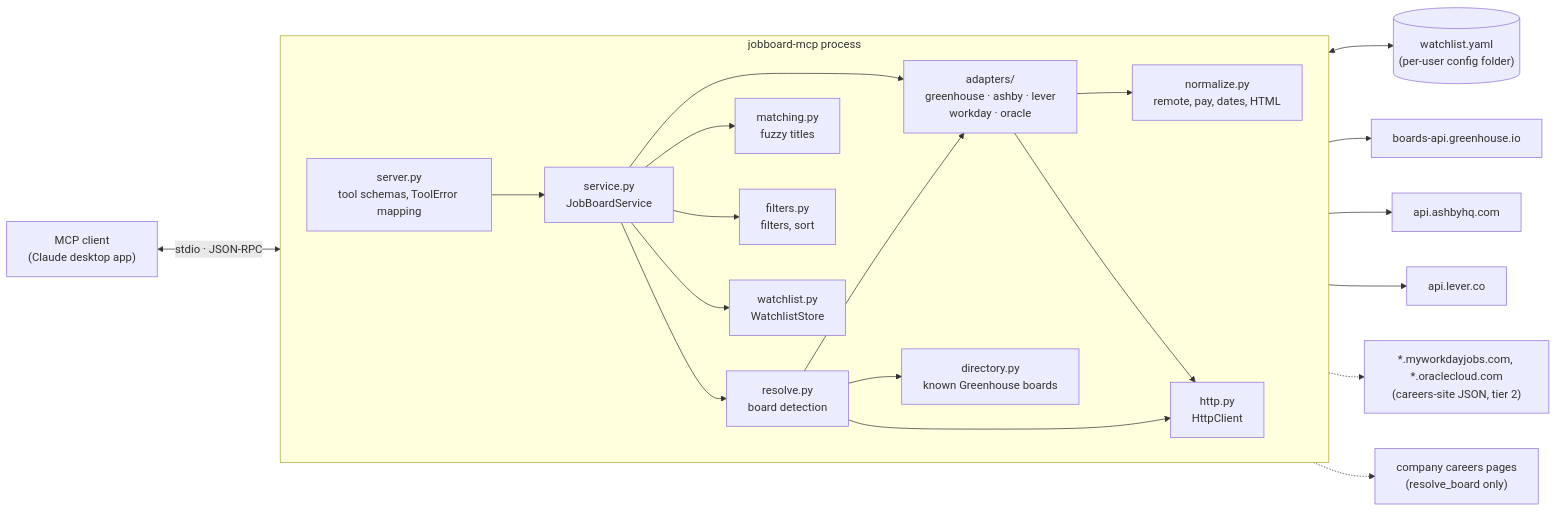
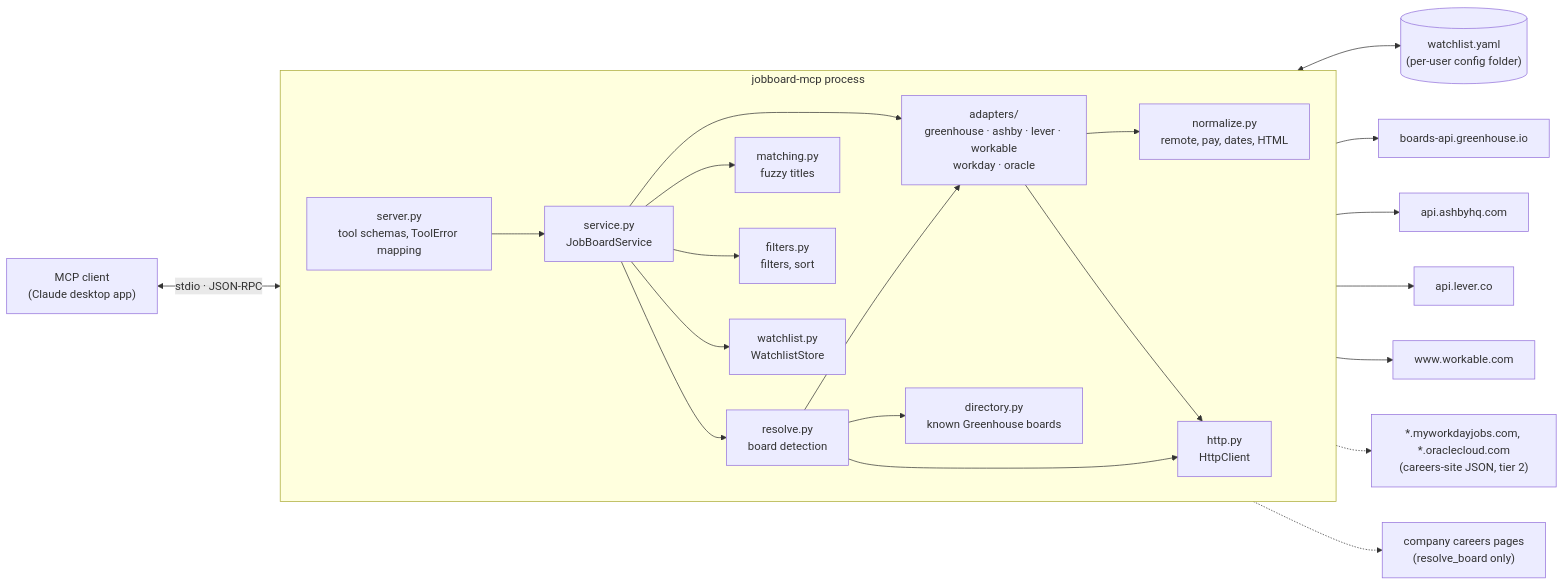
The first of 7 diagrams in docs/architecture.md (HakujouRyu/jobboard-mcp), drawn with Mermaid before and after one commit. The commit also changed other lines of this file and 25 other files, not shown here.

````diff
--- a/docs/architecture.md
+++ b/docs/architecture.md
@@ -18,44 +18,46 @@
 ```mermaid
 flowchart LR
     client["MCP client<br/>(Claude desktop app)"]
 
     subgraph proc["jobboard-mcp process"]
         direction LR
         server["server.py<br/>tool schemas, ToolError mapping"]
         service["service.py<br/>JobBoardService"]
-        adapters["adapters/<br/>greenhouse · ashby · lever<br/>workday · oracle"]
+        adapters["adapters/<br/>greenhouse · ashby · lever · workable<br/>workday · oracle"]
         resolve["resolve.py<br/>board detection"]
         directory["directory.py<br/>known Greenhouse boards"]
         matching["matching.py<br/>fuzzy titles"]
         filters["filters.py<br/>filters, sort"]
         normalize["normalize.py<br/>remote, pay, dates, HTML"]
         store["watchlist.py<br/>WatchlistStore"]
         http["http.py<br/>HttpClient"]
     end
 
     yaml[("watchlist.yaml<br/>(per-user config folder)")]
     gh["boards-api.greenhouse.io"]
     ash["api.ashbyhq.com"]
     lev["api.lever.co"]
+    wk["www.workable.com"]
     wd["*.myworkdayjobs.com, *.oraclecloud.com<br/>(careers-site JSON, tier 2)"]
     careers["company careers pages<br/>(resolve_board only)"]
 
     client <-->|"stdio · JSON-RPC"| server
     server --> service
     service --> adapters
     service --> resolve
     service --> matching
     service --> filters
     service --> store
     adapters --> normalize
     resolve --> adapters
     resolve --> directory
     adapters --> http
     resolve --> http
     store <--> yaml
     http --> gh
     http --> ash
     http --> lev
+    http --> wk
     http -.-> wd
     http -.-> careers
 ```
````
